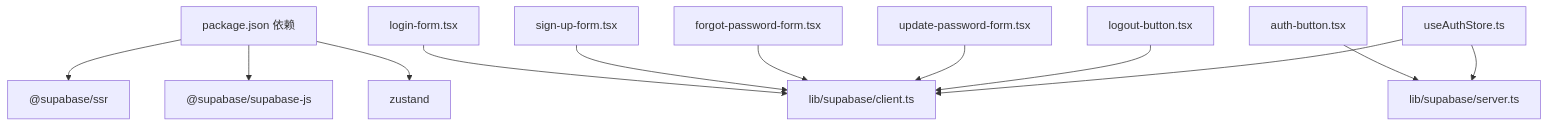
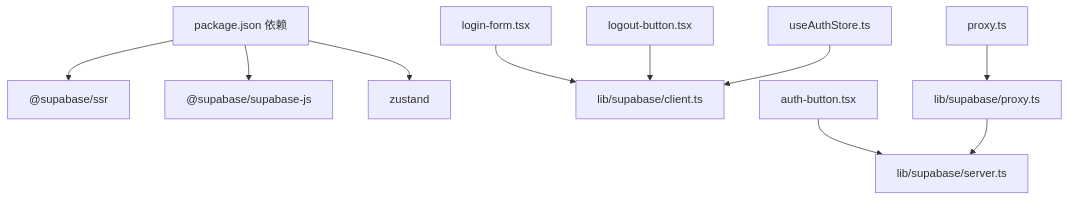
The eighth of 8 diagrams in .qoder/repowiki/zh/content/用户认证系统/用户认证系统.md (javalittleman1/virtual-stock-trading), drawn with Mermaid before and after one commit. The commit also changed other lines of this file and 5 other files, not shown here.

````diff
--- a/.qoder/repowiki/zh/content/用户认证系统/用户认证系统.md
+++ b/.qoder/repowiki/zh/content/用户认证系统/用户认证系统.md
@@ -375,14 +333,12 @@
 ```mermaid
 graph TB
 pkg["package.json 依赖"] --> ssr["@supabase/ssr"]
 pkg --> js["@supabase/supabase-js"]
 pkg --> zustand["zustand"]
 LoginForm["login-form.tsx"] --> SupaClient["lib/supabase/client.ts"]
-RegisterForm["sign-up-form.tsx"] --> SupaClient
-ForgotPwdForm["forgot-password-form.tsx"] --> SupaClient
-UpdatePwdForm["update-password-form.tsx"] --> SupaClient
+AuthBtn["auth-button.tsx"] --> SupaServer["lib/supabase/server.ts"]
 LogoutBtn["logout-button.tsx"] --> SupaClient
-AuthBtn["auth-button.tsx"] --> SupaServer["lib/supabase/server.ts"]
 AuthStore["useAuthStore.ts"] --> SupaClient
-AuthStore --> SupaServer
+Proxy["proxy.ts"] --> ProxyImpl["lib/supabase/proxy.ts"]
+ProxyImpl --> SupaServer
 ```
````
